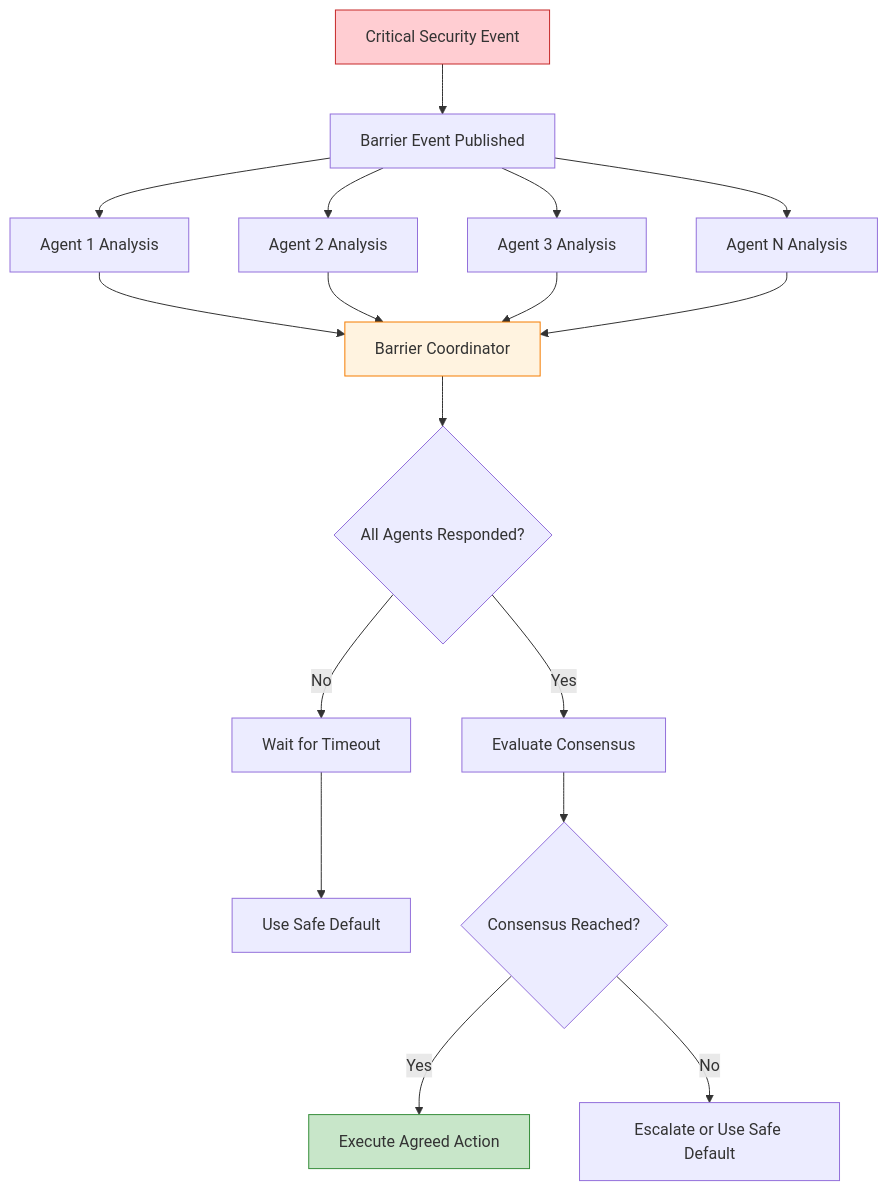
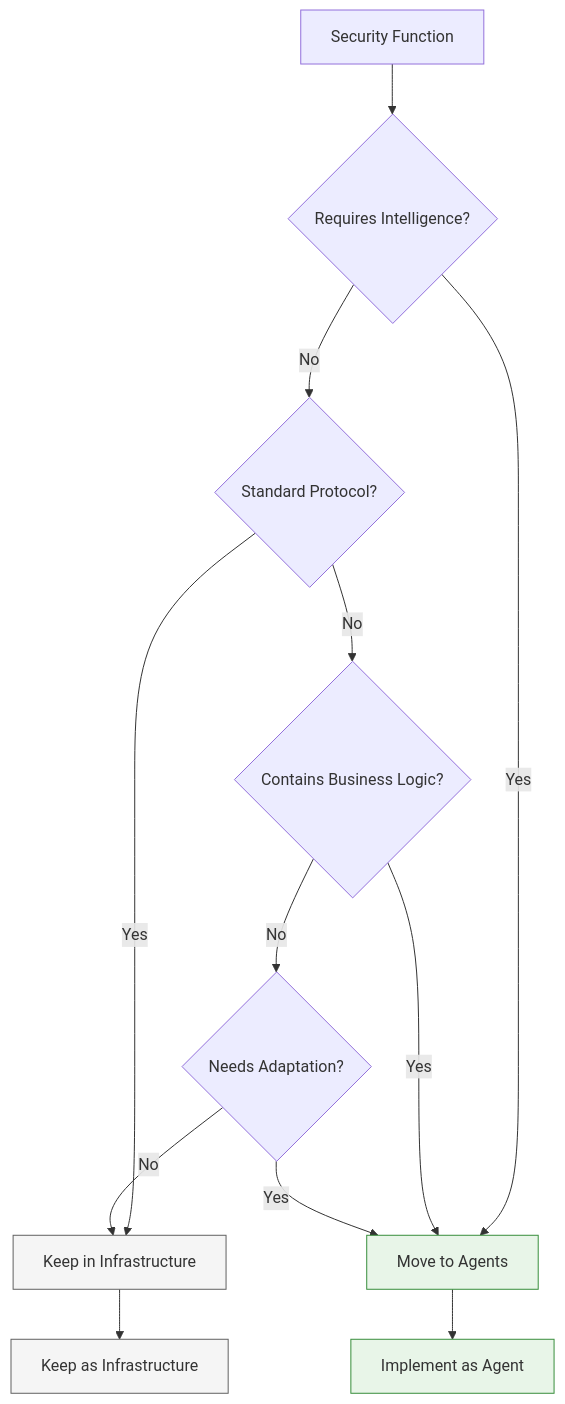
One commit to Vrooli/Vrooli changed the third of 3 diagrams in docs/security/core-concepts.md. Above: the diagram before and after it, drawn with Mermaid. The commit also changed other lines of this file and 4 other files, not shown here.

````diff
--- a/docs/security/core-concepts.md
+++ b/docs/security/core-concepts.md
@@ -300,28 +332,23 @@
 ```mermaid
-graph TB
-    A[Critical Security Event] --> B[Barrier Event Published]
+graph TD
+    A[Security Function] --> B{Requires Intelligence?}
+    B -->|No| C{Standard Protocol?}
+    B -->|Yes| D[Move to Agents]
     
-    B --> C[Agent 1 Analysis]
-    B --> D[Agent 2 Analysis]
-    B --> E[Agent 3 Analysis]
-    B --> F[Agent N Analysis]
+    C -->|Yes| E[Keep in Infrastructure]
+    C -->|No| F{Contains Business Logic?}
     
-    C --> G[Barrier Coordinator]
-    D --> G
-    E --> G
-    F --> G
+    F -->|Yes| D
+    F -->|No| G{Needs Adaptation?}
     
-    G --> H{All Agents Responded?}
-    H -->|No| I[Wait for Timeout]
-    H -->|Yes| J[Evaluate Consensus]
+    G -->|Yes| D
+    G -->|No| E
     
-    I --> K[Use Safe Default]
-    J --> L{Consensus Reached?}
+    D --> H[Implement as Agent]
+    E --> I[Keep as Infrastructure]
     
-    L -->|Yes| M[Execute Agreed Action]
-    L -->|No| N[Escalate or Use Safe Default]
-    
-    style A fill:#ffcdd2,stroke:#c62828
-    style G fill:#fff3e0,stroke:#f57c00
-    style M fill:#c8e6c9,stroke:#388e3c
+    style D fill:#e8f5e8,stroke:#388e3c
+    style E fill:#f5f5f5,stroke:#616161
+    style H fill:#e8f5e8,stroke:#388e3c
+    style I fill:#f5f5f5,stroke:#616161
 ```
````
